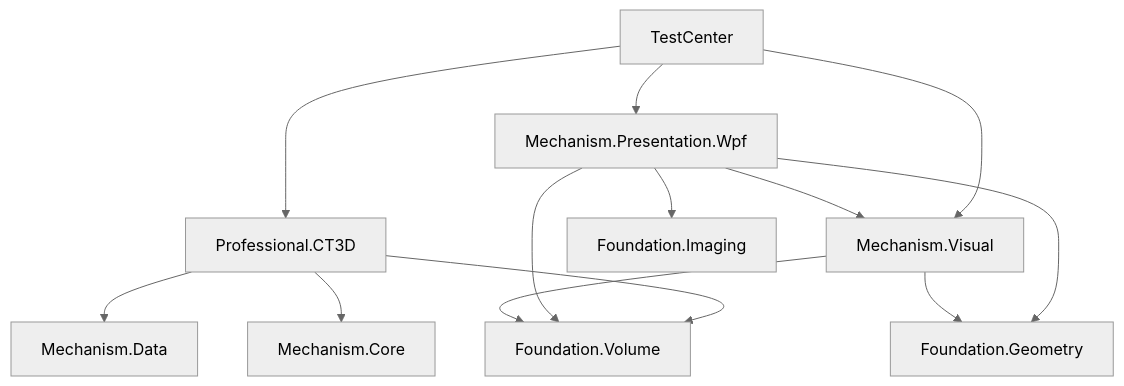
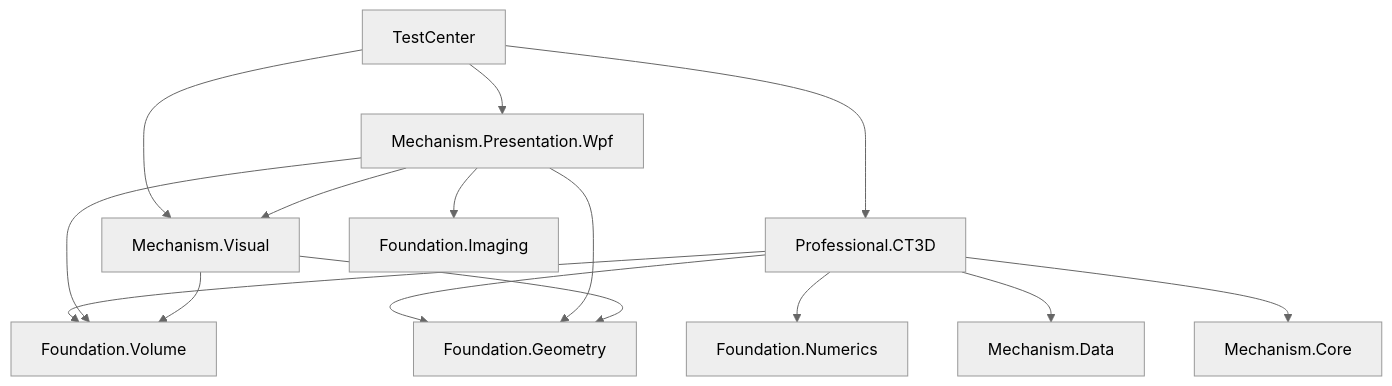
The third of 25 diagrams in DOCS/Architecture/CxVisual_专业视觉体系#通用三维视觉工作台——整体架构与UML_V2.0.md (oudream/cx-visual-x3), drawn with Mermaid (neutral theme) before and after one commit. The commit also changed other lines of this file and 1 other file, not shown here.

````diff
--- a/DOCS/Architecture/CxVisual_专业视觉体系#通用三维视觉工作台——整体架构与UML_V2.0.md
+++ b/DOCS/Architecture/CxVisual_专业视觉体系#通用三维视觉工作台——整体架构与UML_V2.0.md
@@ -210,15 +229,17 @@
 ```mermaid
 flowchart TB
   T["TestCenter"] --> CT["Professional.CT3D"]
   T --> MPW["Mechanism.Presentation.Wpf"]
   T --> MVI["Mechanism.Visual"]
   CT --> FVO["Foundation.Volume"]
+   CT --> FGE["Foundation.Geometry"]
+   CT --> FNU["Foundation.Numerics"]
   CT --> MData["Mechanism.Data"]
   CT --> MCore["Mechanism.Core"]
   MPW --> MVI
   MPW --> FVO
   MPW --> FIM["Foundation.Imaging"]
   MPW --> FGE["Foundation.Geometry"]
   MVI --> FVO
   MVI --> FGE
 ```
````
